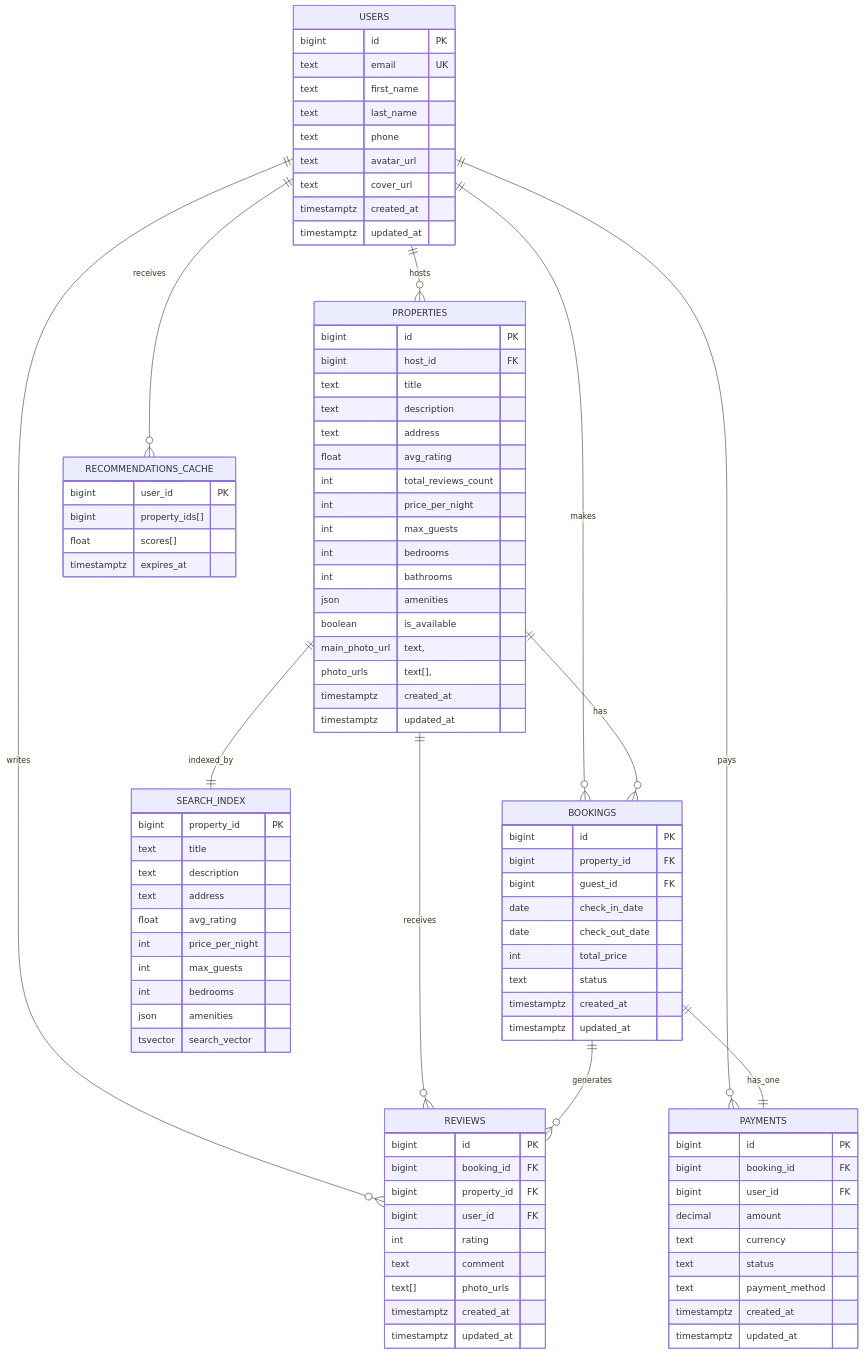
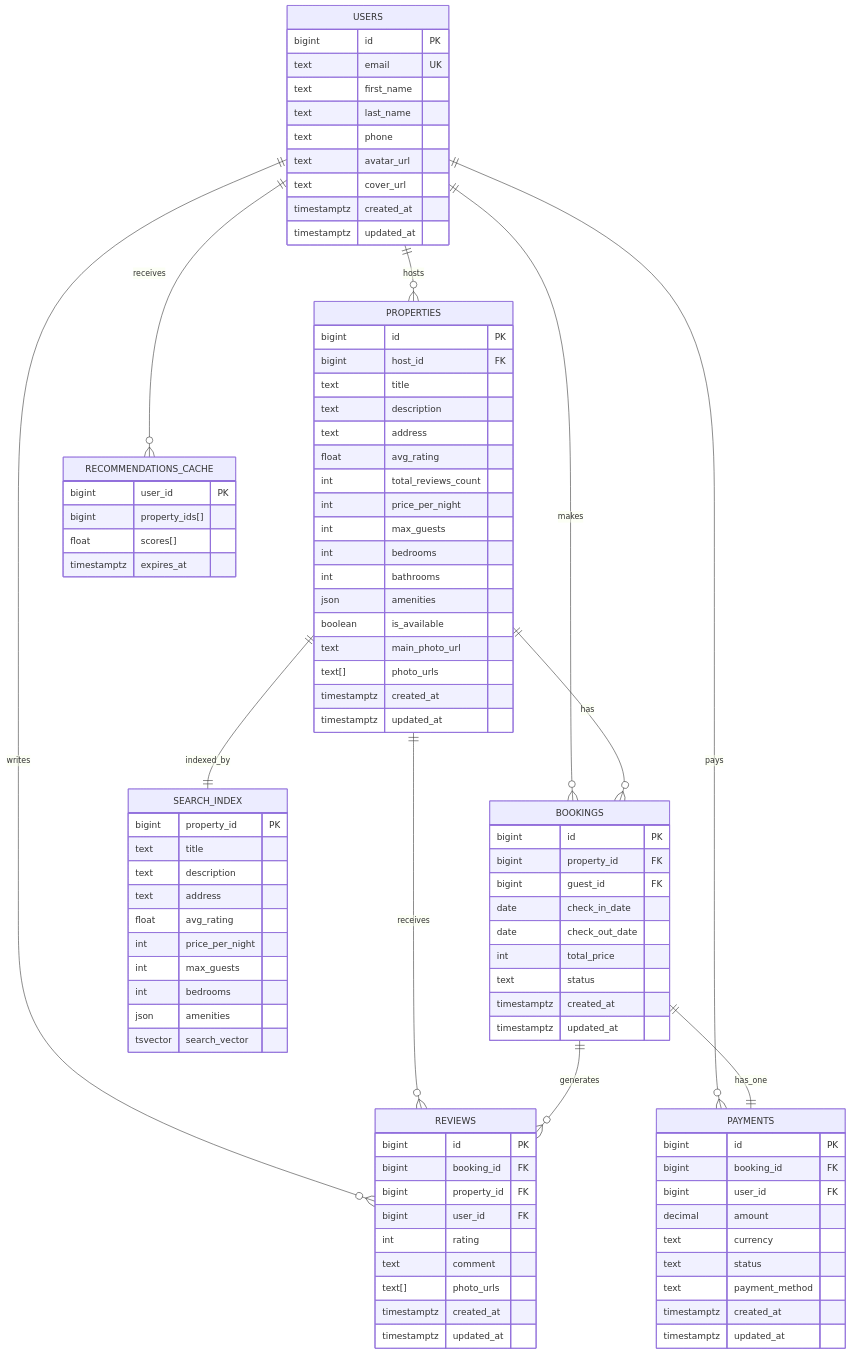
One commit to 1maryam2/vk_education_highload changed the second of 3 diagrams in README.md. Above: the diagram before and after it, drawn with Mermaid.

```diff
--- a/README.md
+++ b/README.md
@@ -523,8 +523,8 @@
         int bathrooms
         json amenities
         boolean is_available
-        main_photo_url text,         
-        photo_urls text[], 
+        text main_photo_url      
+        text[] photo_urls
         timestamptz created_at
         timestamptz updated_at
     }
```
